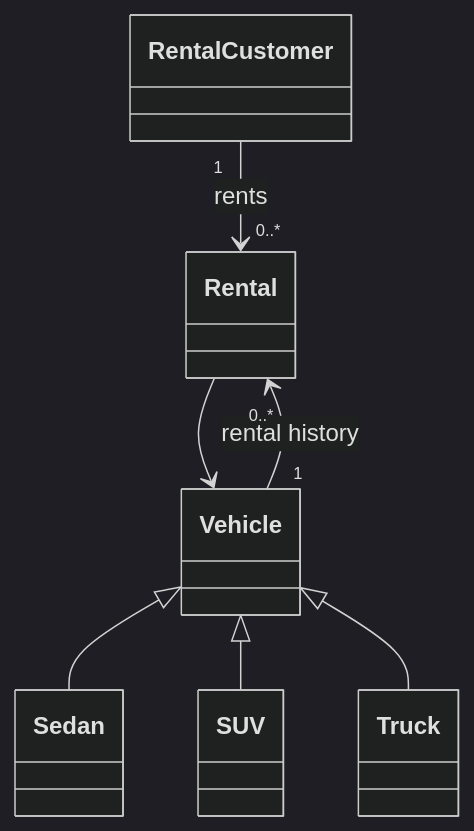
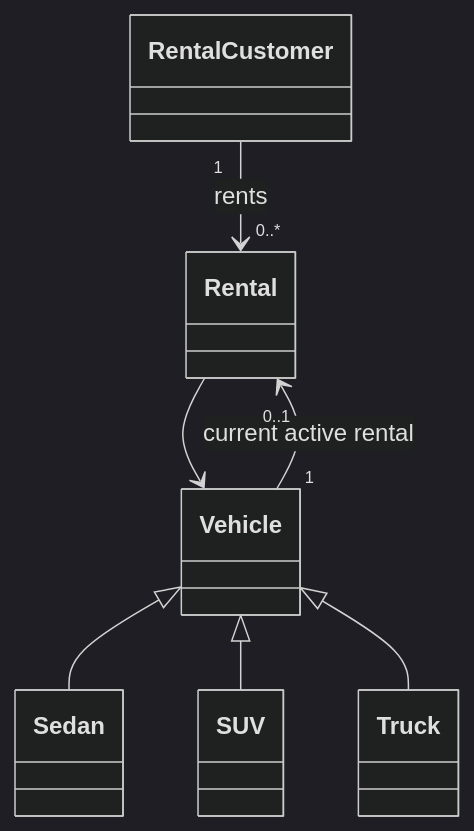
One commit to harishragavv-cmd/Step_semester_3 changed the first of 5 diagrams in src/main/java/week_8/class_problems/README.md. Above: the diagram before and after it, drawn with Mermaid (dark theme). The commit also changed other lines of this file, not shown here.

Commit message:
Refine UML multiplicities for current rentals and order items

````diff
--- a/src/main/java/week_8/class_problems/README.md
+++ b/src/main/java/week_8/class_problems/README.md
@@ -17,9 +17,9 @@
 ```mermaid
 classDiagram
   RentalCustomer "1" --> "0..*" Rental : rents
-  Vehicle "1" --> "0..*" Rental : rental history
+  Vehicle "1" --> "0..1" Rental : current active rental
   Vehicle <|-- Sedan
   Vehicle <|-- SUV
   Vehicle <|-- Truck
   Rental --> Vehicle
 ```
````
